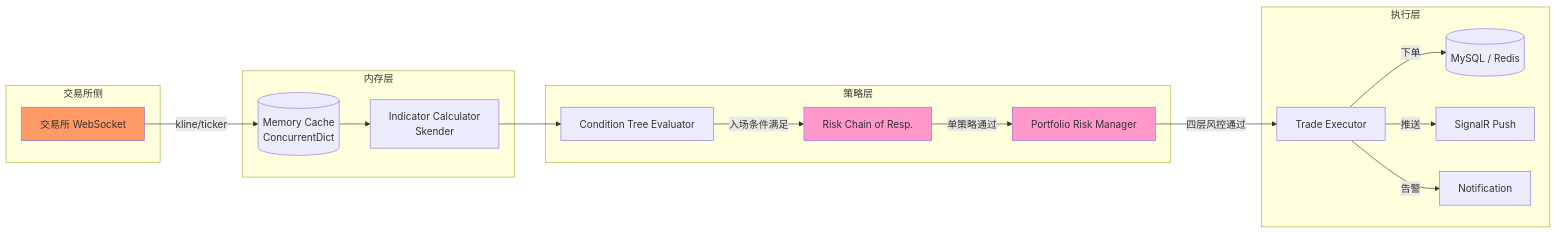
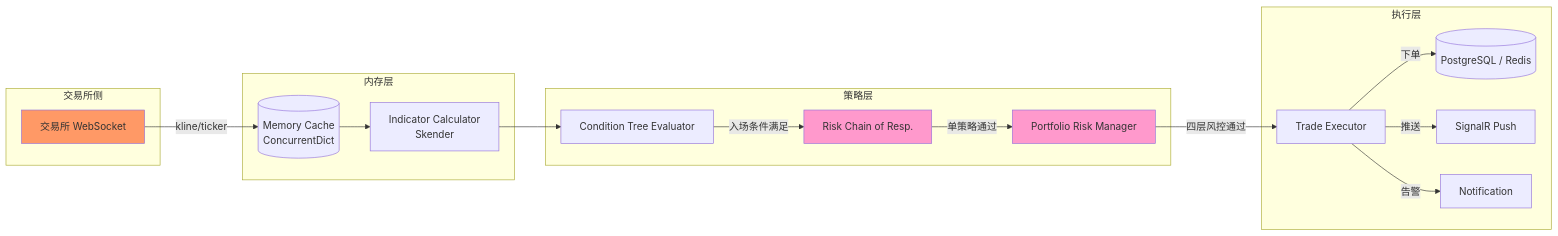
Diagram 12 of 27 in docs/03-设计规范.md (bambuo/TradeX), drawn with Mermaid before and after one commit. The commit also changed other lines of this file and 64 other files, not shown here.

````diff
--- a/docs/03-设计规范.md
+++ b/docs/03-设计规范.md
@@ -792,38 +792,38 @@
 ```mermaid
 flowchart LR
   subgraph 交易所侧
     WS[交易所 WebSocket]
   end
 
   subgraph 内存层
     MC[(Memory Cache<br/>ConcurrentDict)]
     IC[Indicator Calculator<br/>Skender]
   end
 
   subgraph 策略层
     CT[Condition Tree Evaluator]
     RC[Risk Chain of Resp.]
     PRC[Portfolio Risk Manager]
   end
 
   subgraph 执行层
     EX[Trade Executor]
-    DB[(MySQL / Redis)]
+    DB[(PostgreSQL / Redis)]
     SR[SignalR Push]
     NF[Notification]
   end
 
   WS -- "kline/ticker" --> MC
   MC --> IC
   IC --> CT
   CT -- "入场条件满足" --> RC
   RC -- "单策略通过" --> PRC
   PRC -- "四层风控通过" --> EX
   EX -- "下单" --> DB
   EX -- "推送" --> SR
   EX -- "告警" --> NF
 
   style WS fill:#f96
   style RC fill:#f9c
   style PRC fill:#f9c
 ```
````
